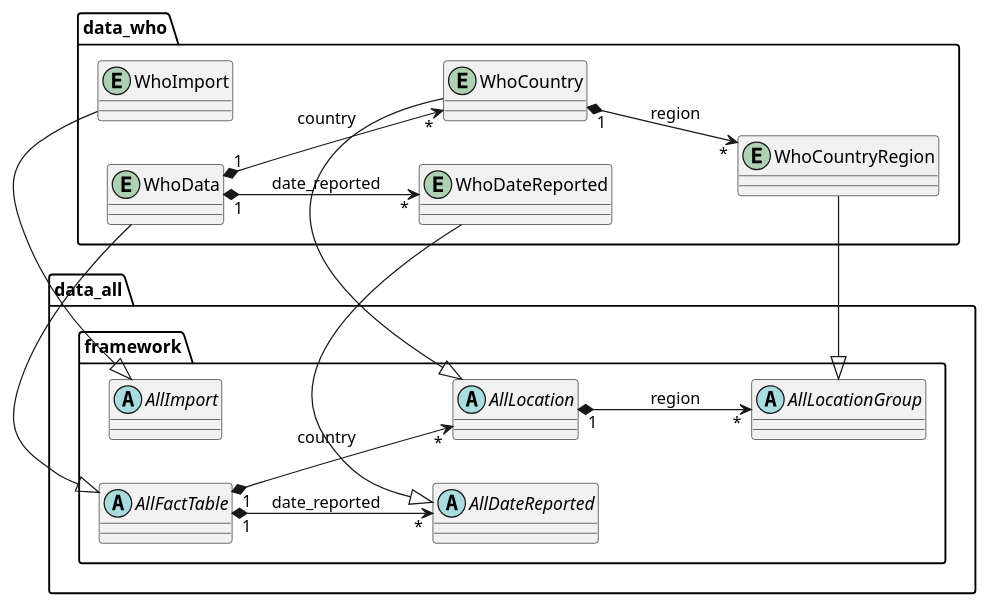
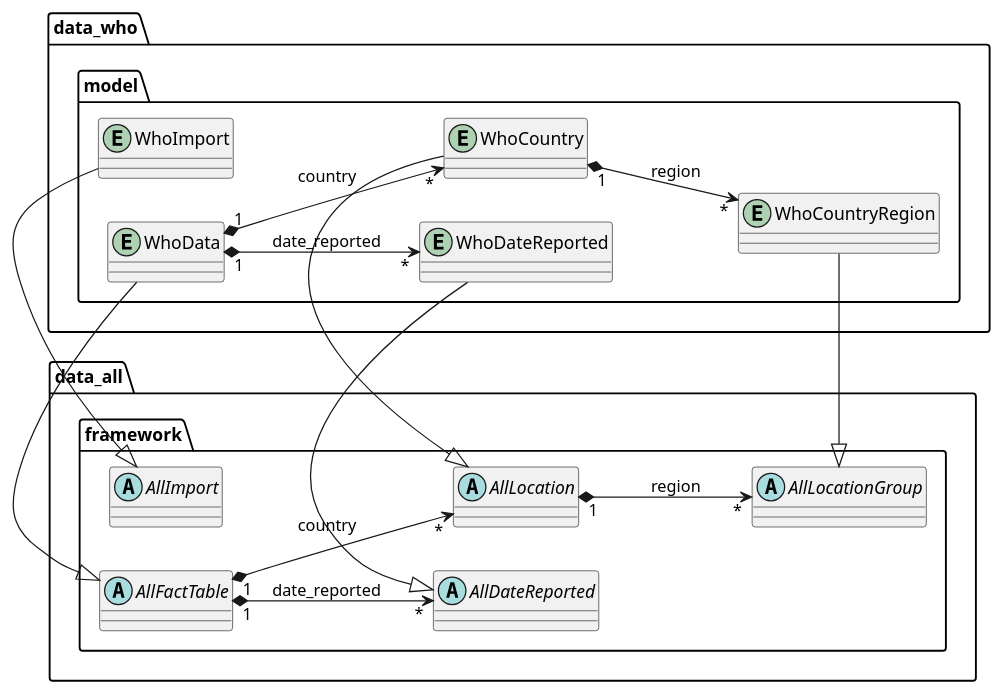
The diagram in docs/uml/project/data_who/model.puml (thomaswoehlke/flask_covid19), drawn with PlantUML before and after one commit. The commit also changed 3 other files, not shown here.

```diff
--- a/docs/uml/project/data_who/model.puml
+++ b/docs/uml/project/data_who/model.puml
@@ -1,41 +1,38 @@
 @startuml
 left to right direction
 'https://plantuml.com/class-diagram
 
-'abstract class AbstractList
-'abstract AbstractCollection
-'interface List
-'interface Collection
+package data_all.framework {
 
-package data_all.framework {
     abstract class AllImport {}
     abstract class AllDateReported {}
     abstract class AllLocation {}
     abstract class AllLocationGroup {}
     abstract class AllFactTable {}
 
     AllLocation "1" *--> "*" AllLocationGroup : region
     AllFactTable "1" *--> "*" AllLocation : country
     AllFactTable "1" *--> "*" AllDateReported : date_reported
 }
 
-package data_who {
+package data_who.model {
+
     entity WhoData {}
     entity WhoDateReported {}
     entity WhoImport {}
     entity WhoCountry {}
     entity WhoCountryRegion {}
 
     AllImport <|- WhoImport
     AllDateReported <|- WhoDateReported
     AllLocation <|- WhoCountry
     AllLocationGroup <|- WhoCountryRegion
     AllFactTable <|- WhoData
 
     WhoCountry "1" *--> "*" WhoCountryRegion : region
     WhoData "1" *--> "*" WhoCountry : country
     WhoData "1" *--> "*" WhoDateReported : date_reported
 
 }
 
 @enduml
```
